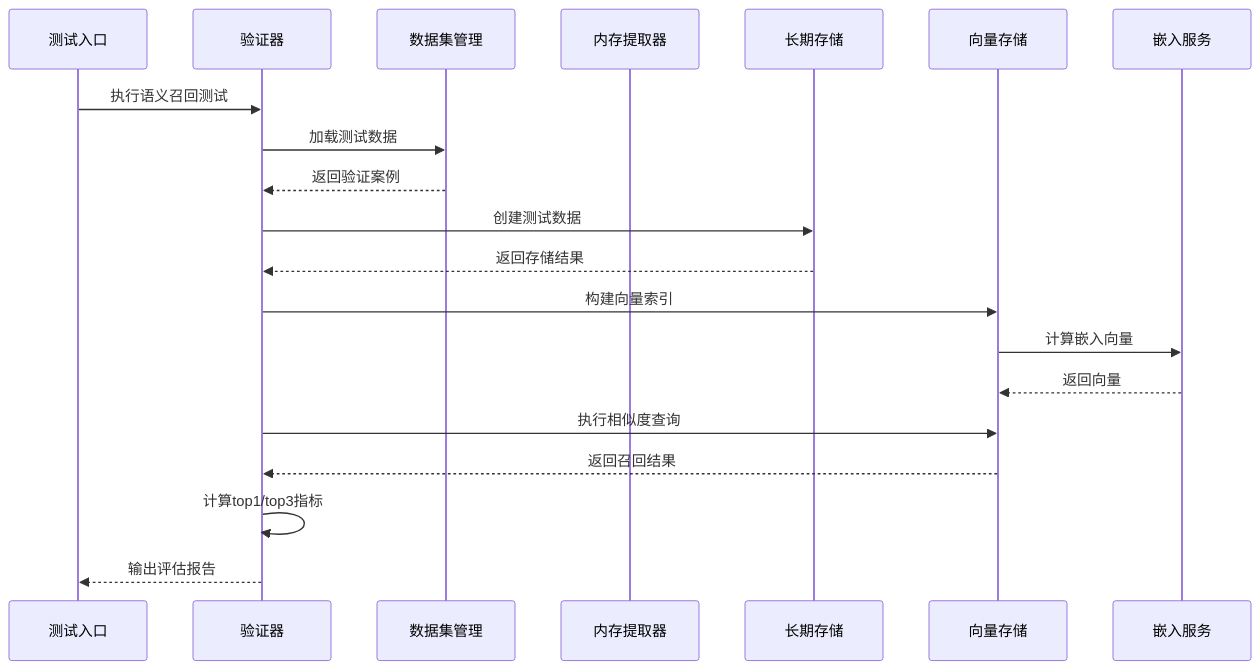
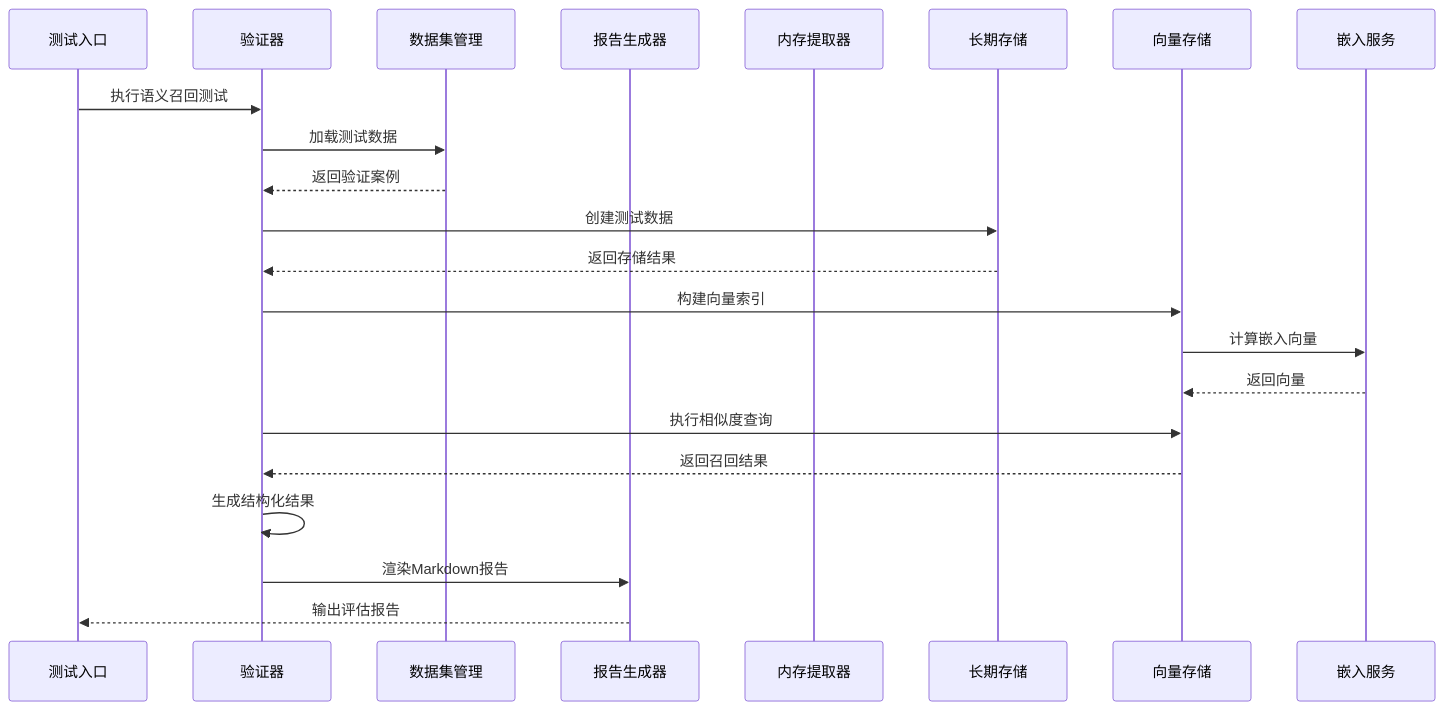
One commit to Moon-Force/DouYin_llm changed the second of 7 diagrams in .qoder/repowiki/zh/content/后端服务/内存管理系统/内存管道验证器/语义召回评估系统.md. Above: the diagram before and after it, drawn with Mermaid. The commit also changed other lines of this file and 35 other files, not shown here.

````diff
--- a/.qoder/repowiki/zh/content/后端服务/内存管理系统/内存管道验证器/语义召回评估系统.md
+++ b/.qoder/repowiki/zh/content/后端服务/内存管理系统/内存管道验证器/语义召回评估系统.md
@@ -120,22 +146,24 @@
 ```mermaid
 sequenceDiagram
 participant Test as 测试入口
 participant Runner as 验证器
 participant Dataset as 数据集管理
+participant Report as 报告生成器
 participant Extractor as 内存提取器
 participant Store as 长期存储
 participant Vector as 向量存储
 participant Embedding as 嵌入服务
 Test->>Runner : 执行语义召回测试
 Runner->>Dataset : 加载测试数据
 Dataset-->>Runner : 返回验证案例
 Runner->>Store : 创建测试数据
 Store-->>Runner : 返回存储结果
 Runner->>Vector : 构建向量索引
 Vector->>Embedding : 计算嵌入向量
 Embedding-->>Vector : 返回向量
 Runner->>Vector : 执行相似度查询
 Vector-->>Runner : 返回召回结果
-Runner->>Runner : 计算top1/top3指标
-Runner-->>Test : 输出评估报告
+Runner->>Runner : 生成结构化结果
+Runner->>Report : 渲染Markdown报告
+Report-->>Test : 输出评估报告
 ```
````
